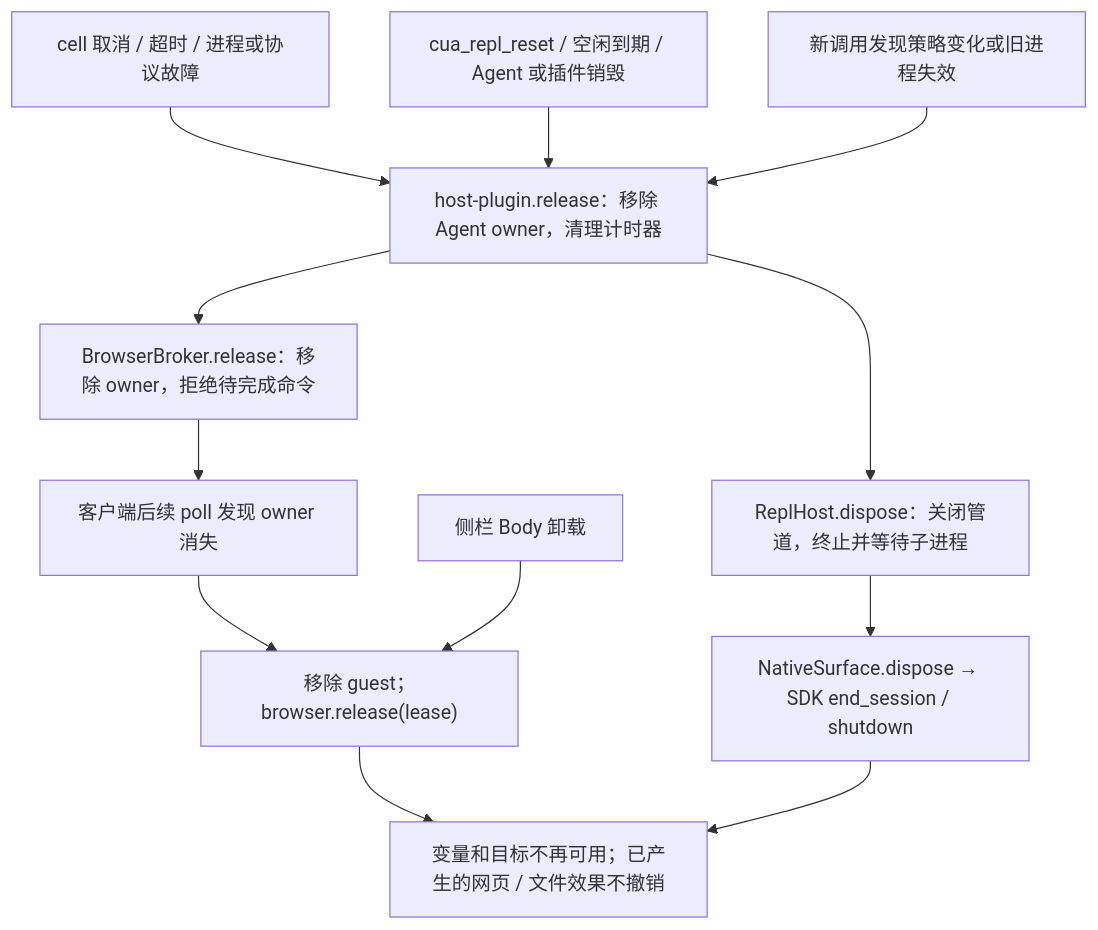
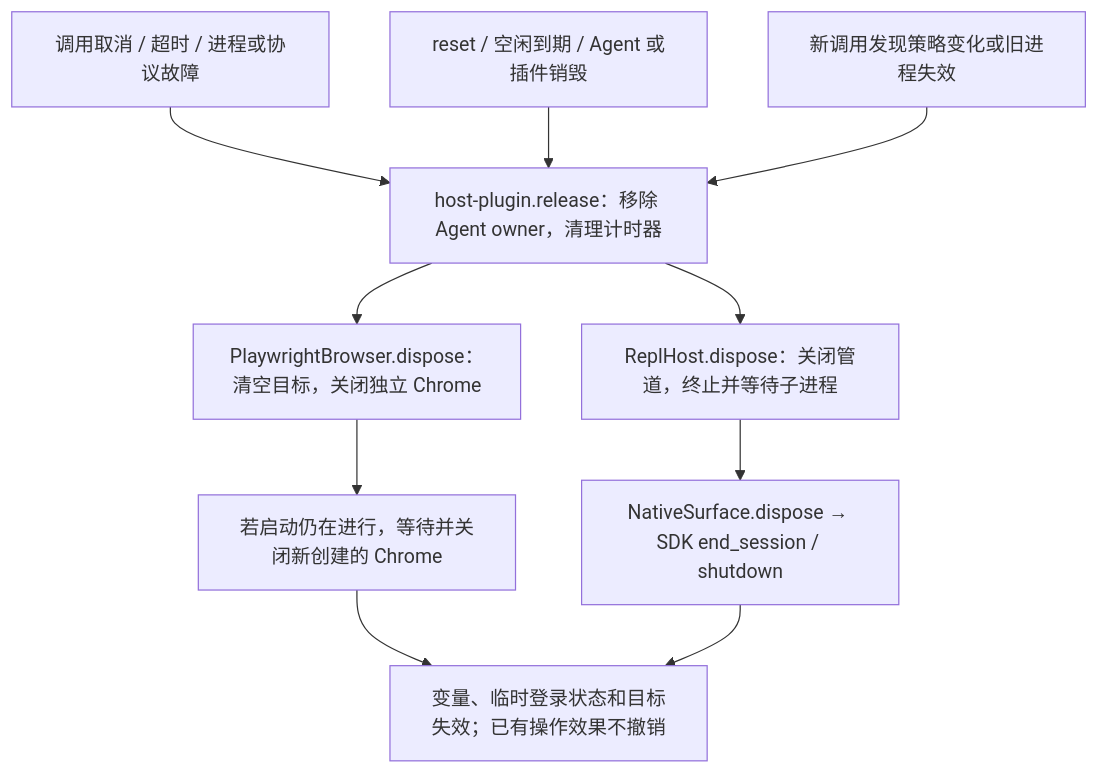
One commit to xiaoiver/dsh-unified-computer-use changed the sixth of 7 diagrams in docs/CALL-FLOWS.md. Above: the diagram before and after it, drawn with Mermaid. The commit also changed other lines of this file and 39 other files, not shown here.

Commit message:
feat: add real Playwright automation with installed Chrome

````diff
--- a/docs/CALL-FLOWS.md
+++ b/docs/CALL-FLOWS.md
@@ -186,14 +189,12 @@
 ```mermaid
 flowchart TD
-  Cancel["cell 取消 / 超时 / 进程或协议故障"] --> Release["host-plugin.release：移除 Agent owner，清理计时器"]
-  Reset["cua_repl_reset / 空闲到期 / Agent 或插件销毁"] --> Release
+  Cancel["调用取消 / 超时 / 进程或协议故障"] --> Release["host-plugin.release：移除 Agent owner，清理计时器"]
+  Reset["reset / 空闲到期 / Agent 或插件销毁"] --> Release
   Policy["新调用发现策略变化或旧进程失效"] --> Release
-  Release --> Broker["BrowserBroker.release：移除 owner，拒绝待完成命令"]
+  Release --> Browser["PlaywrightBrowser.dispose：清空目标，关闭独立 Chrome"]
   Release --> Worker["ReplHost.dispose：关闭管道，终止并等待子进程"]
+  Browser --> Launch["若启动仍在进行，等待并关闭新创建的 Chrome"]
   Worker --> Native["NativeSurface.dispose → SDK end_session / shutdown"]
-  Broker --> Poll["客户端后续 poll 发现 owner 消失"]
-  Poll --> Guest["移除 guest；browser.release(lease)"]
-  Unmount["侧栏 Body 卸载"] --> Guest
-  Guest --> End["变量和目标不再可用；已产生的网页 / 文件效果不撤销"]
+  Launch --> End["变量、临时登录状态和目标失效；已有操作效果不撤销"]
   Native --> End
 ```
````
